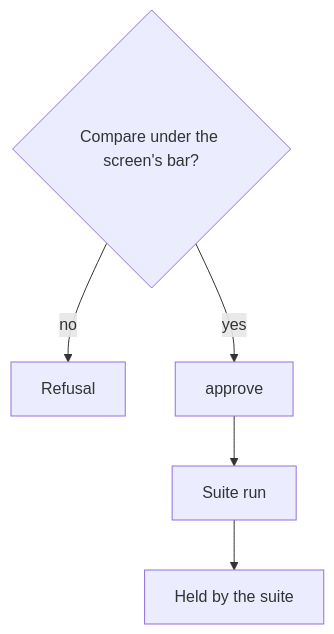
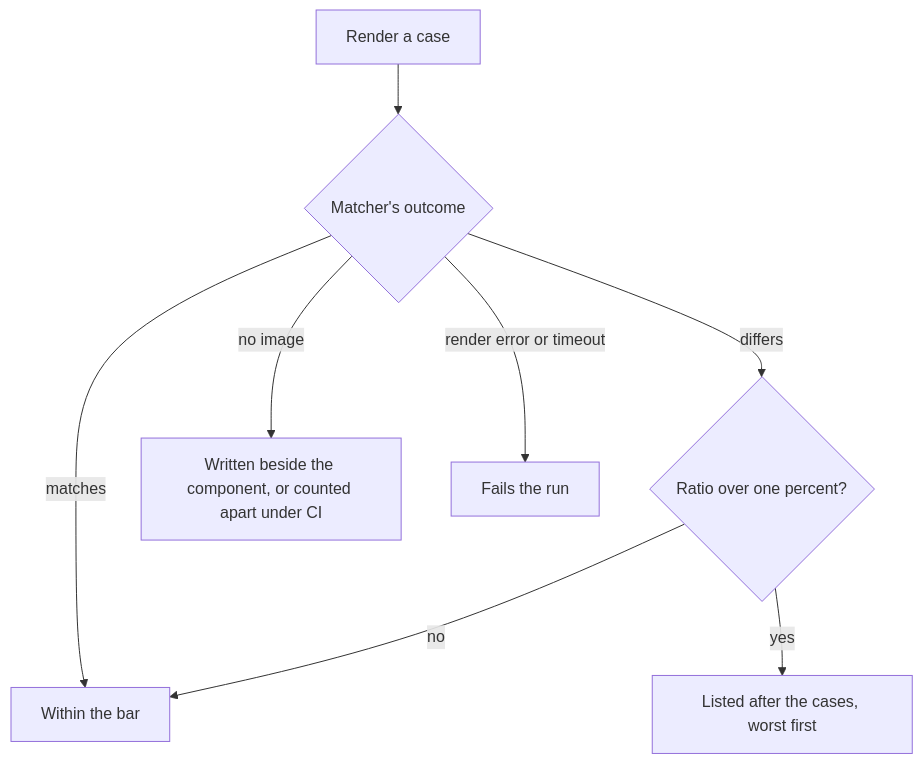
The diagram in openspec/specs/genshin/parity/visual-suite/design.md (Esposter/Esposter), drawn with Mermaid before and after one commit. The commit also changed other lines of this file and 25 other files, not shown here.

First line of the commit message:
docs(genshin-parity): an image is a snapshot written for every screen, and its score a report

````diff
--- a/openspec/specs/genshin/parity/visual-suite/design.md
+++ b/openspec/specs/genshin/parity/visual-suite/design.md
@@ -11,7 +9,10 @@
 ```mermaid
 flowchart TD
-  CMP{"Compare under the screen's bar?"} -->|no| REF["Refusal"]
-  CMP -->|yes| IMG["approve"]
-  IMG --> SUITE["Suite run"]
-  SUITE --> HELD["Held by the suite"]
+  R["Render a case"] --> M{"Matcher's outcome"}
+  M -->|matches| W["Within the bar"]
+  M -->|differs| D{"Ratio over one percent?"}
+  D -->|no| W
+  D -->|yes| L["Listed after the cases, worst first"]
+  M -->|no image| N["Written beside the component, or counted apart under CI"]
+  M -->|render error or timeout| F["Fails the run"]
 ```
````
